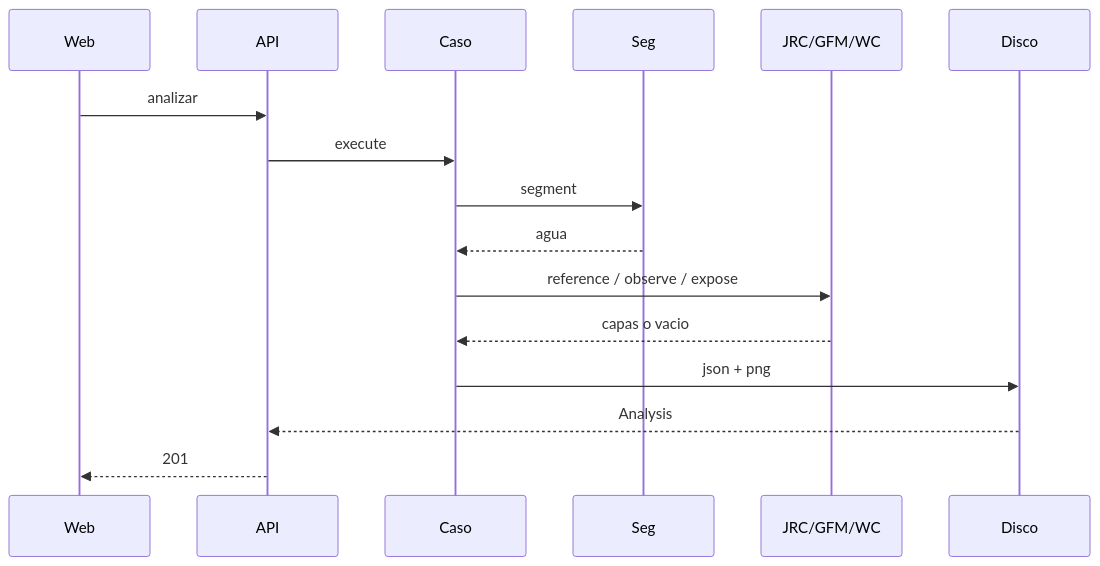
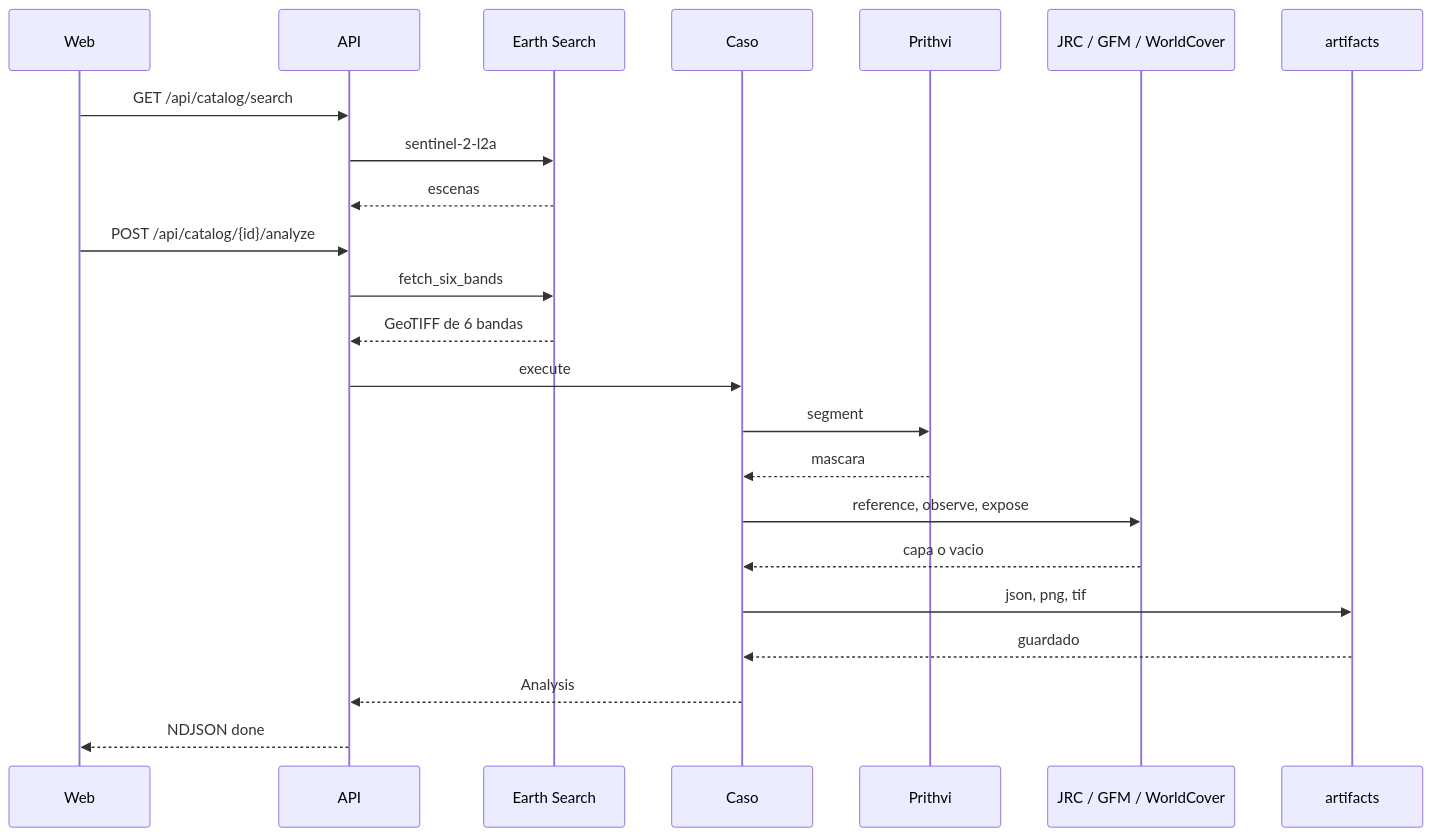
Before and after one commit to Charlsz/Tune: the second of 4 diagrams in docs/SegundoInforme.md, drawn with Mermaid. The commit also changed other lines of this file and 10 other files, not shown here.

Commit message:
refactor: Update sequence and architecture diagrams for improved clarity and accuracy.

````diff
--- a/docs/SegundoInforme.md
+++ b/docs/SegundoInforme.md
@@ -226,18 +227,25 @@
 ```mermaid
 sequenceDiagram
   participant Web
   participant API
+  participant Earth as Earth Search
   participant Caso
-  participant Seg
-  participant Ext as JRC/GFM/WC
-  participant Disco
-  Web->>API: analizar
+  participant Seg as Prithvi
+  participant Ext as JRC / GFM / WorldCover
+  participant Disco as artifacts
+  Web->>API: GET /api/catalog/search
+  API->>Earth: sentinel-2-l2a
+  Earth-->>API: escenas
+  Web->>API: POST /api/catalog/{id}/analyze
+  API->>Earth: fetch_six_bands
+  Earth-->>API: GeoTIFF de 6 bandas
   API->>Caso: execute
   Caso->>Seg: segment
-  Seg-->>Caso: agua
-  Caso->>Ext: reference / observe / expose
-  Ext-->>Caso: capas o vacio
-  Caso->>Disco: json + png
-  Disco-->>API: Analysis
-  API-->>Web: 201
+  Seg-->>Caso: mascara
+  Caso->>Ext: reference, observe, expose
+  Ext-->>Caso: capa o vacio
+  Caso->>Disco: json, png, tif
+  Disco-->>Caso: guardado
+  Caso-->>API: Analysis
+  API-->>Web: NDJSON done
 ```
````
